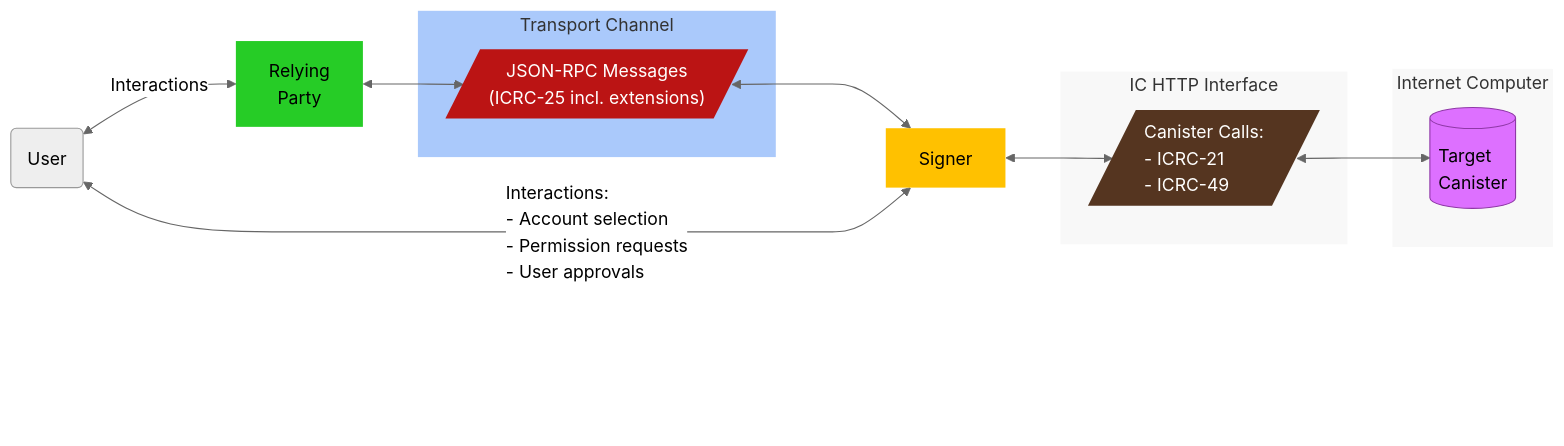
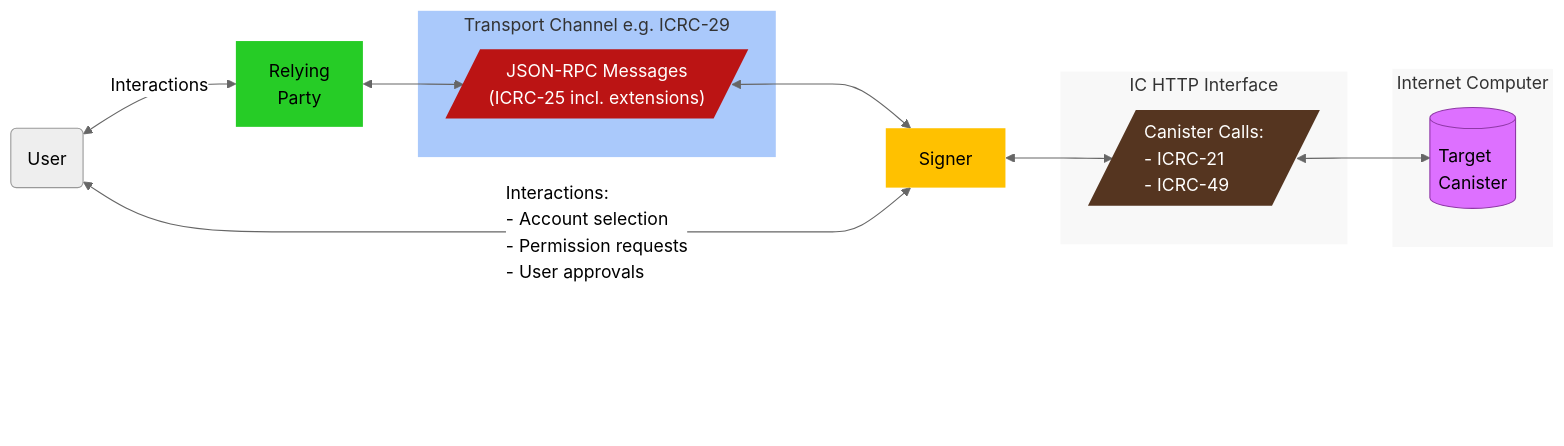
One commit to dfinity/wg-identity-authentication changed the diagram in topics/signer_standards_overview.md. Above: the diagram before and after it, drawn with Mermaid (neutral theme).

Commit message:
Update shape colors

````diff
--- a/topics/signer_standards_overview.md
+++ b/topics/signer_standards_overview.md
@@ -9,40 +9,40 @@
 ```mermaid
 graph LR
     RP[Relying<br>Party]
     User(User)
     Signer[Signer]
     Canister[(Target<br>Canister)]
     Messages[/"JSON-RPC Messages<br>(ICRC-25 incl. extensions)"/]
     Calls[/Canister Calls:<br>- ICRC-21<br>- ICRC-49/]
 
-    subgraph Transport[Transport Channel]
+    subgraph Transport[Transport Channel e.g. ICRC-29]
         Messages
     end
 
     subgraph HTTP[IC HTTP Interface]
         Calls
     end
 
     subgraph IC[Internet Computer]
         Canister
     end
 
     RP <--> Messages <---> Signer
     Signer <--> Calls <--> Canister
     User <-- Interactions:<br>- Account selection<br>- Permission requests<br>- User approvals --> Signer
     User <-- Interactions --> RP
     
     %% Padding so that GitHub controls don't overlap graph
     BottomPadding["<br><br><br><br><br><br>"]
     
     style RP fill:#26cc26,stroke:transparent,color:#000001
     style Transport fill:#025df255,stroke:transparent
     style Messages fill:#bb1414,stroke:transparent,color:#fffffe
     style Signer fill:#ffc100,stroke:transparent,color:#000001
     style HTTP fill:#cccccc22,stroke:transparent
     style IC fill:#cccccc22,stroke:transparent
     style Calls fill:#553520,text-align:left,stroke:transparent,color:#fffffe
     style Canister fill:#dd70ff,text-align:left,stroke:#8f38a7,color:#000001
     style BottomPadding fill:transparent,stroke:transparent
     linkStyle 4 text-align:left
 ```
````
